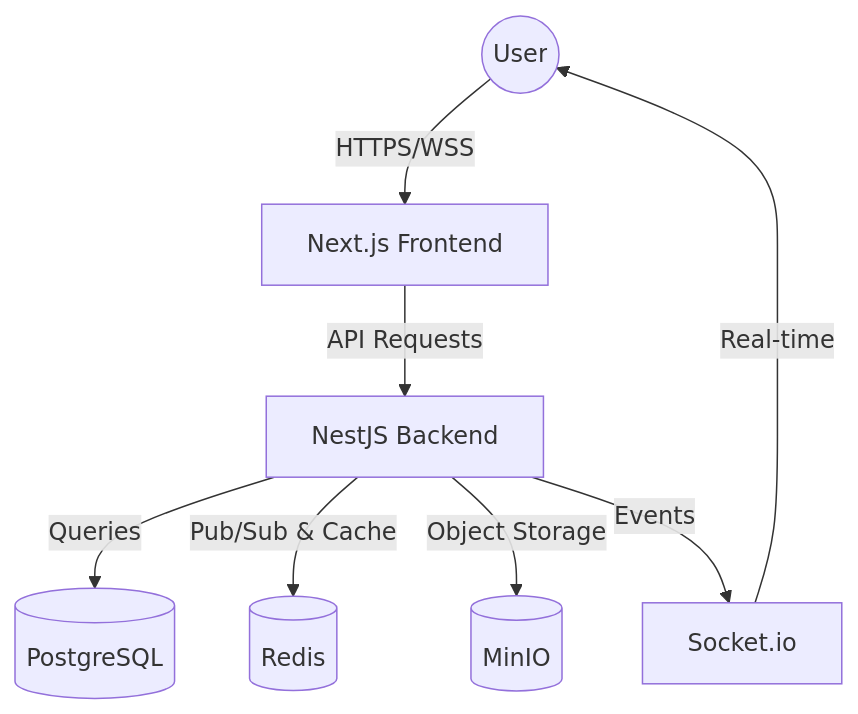
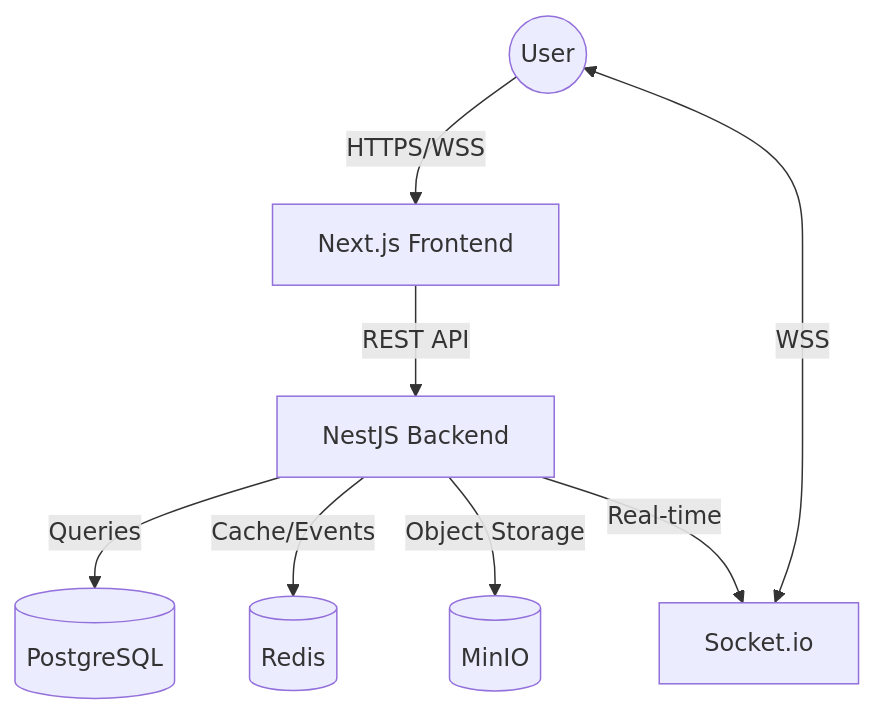
The first of 3 diagrams in README.md (azharhussaincs/IntraLink), drawn with Mermaid before and after one commit. The commit also changed other lines of this file and 6110 other files, not shown here.

````diff
--- a/README.md
+++ b/README.md
@@ -29,10 +31,10 @@
 ```mermaid
 graph TD
     User((User)) -->|HTTPS/WSS| Frontend[Next.js Frontend]
-    Frontend -->|API Requests| Backend[NestJS Backend]
+    Frontend -->|REST API| Backend[NestJS Backend]
     Backend -->|Queries| DB[(PostgreSQL)]
-    Backend -->|Pub/Sub & Cache| Redis[(Redis)]
+    Backend -->|Cache/Events| Redis[(Redis)]
     Backend -->|Object Storage| MinIO[(MinIO)]
-    Backend -->|Events| Socket[Socket.io]
-    Socket -->|Real-time| User
+    Backend -->|Real-time| Socket[Socket.io]
+    Socket <-->|WSS| User
 ```
````
